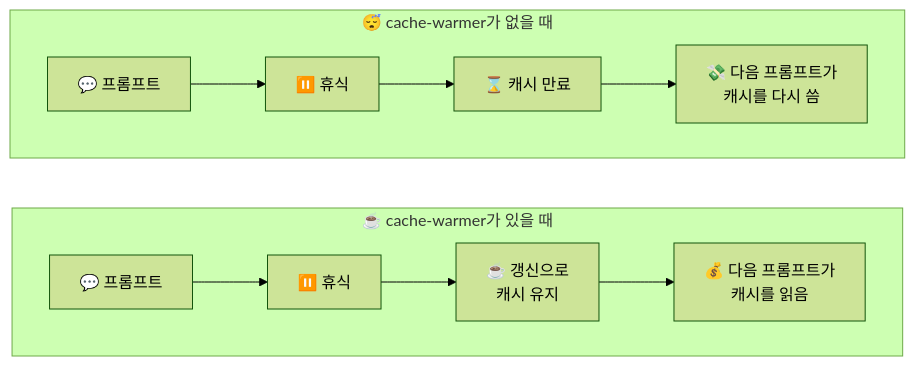
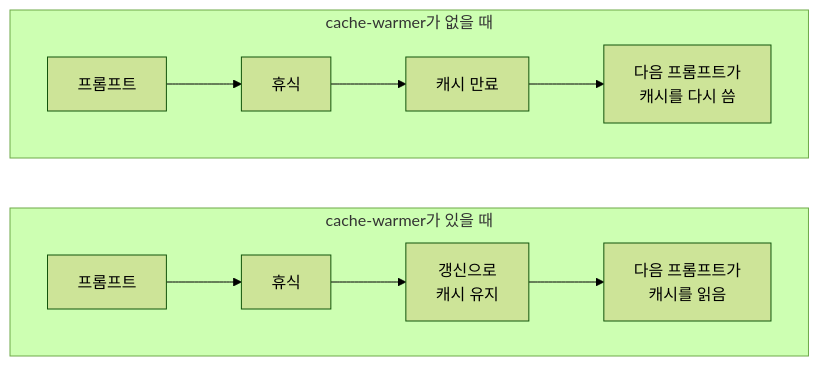
The first of 2 diagrams in README.ko.md (paulbkim-dev/claude-code-cache-warmer), drawn with Mermaid (forest theme) before and after one commit. The commit also changed other lines of this file and 2 other files, not shown here.

````diff
--- a/README.ko.md
+++ b/README.ko.md
@@ -29,11 +30,11 @@
 ```mermaid
 flowchart LR
-    subgraph with["☕ cache-warmer가 있을 때"]
+    subgraph with["cache-warmer가 있을 때"]
         direction LR
-        b1["💬 프롬프트"] --> b2["⏸️ 휴식"] --> b3["☕ 갱신으로<br/>캐시 유지"] --> b4["💰 다음 프롬프트가<br/>캐시를 읽음"]
+        b1["프롬프트"] --> b2["휴식"] --> b3["갱신으로<br/>캐시 유지"] --> b4["다음 프롬프트가<br/>캐시를 읽음"]
     end
-    subgraph without["😴 cache-warmer가 없을 때"]
+    subgraph without["cache-warmer가 없을 때"]
         direction LR
-        a1["💬 프롬프트"] --> a2["⏸️ 휴식"] --> a3["⌛ 캐시 만료"] --> a4["💸 다음 프롬프트가<br/>캐시를 다시 씀"]
+        a1["프롬프트"] --> a2["휴식"] --> a3["캐시 만료"] --> a4["다음 프롬프트가<br/>캐시를 다시 씀"]
     end
 ```
````
